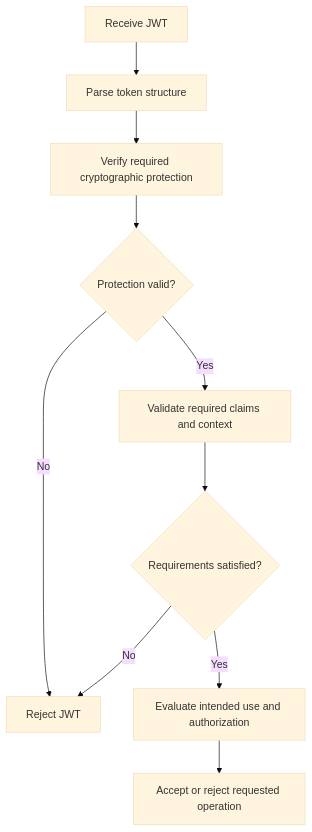
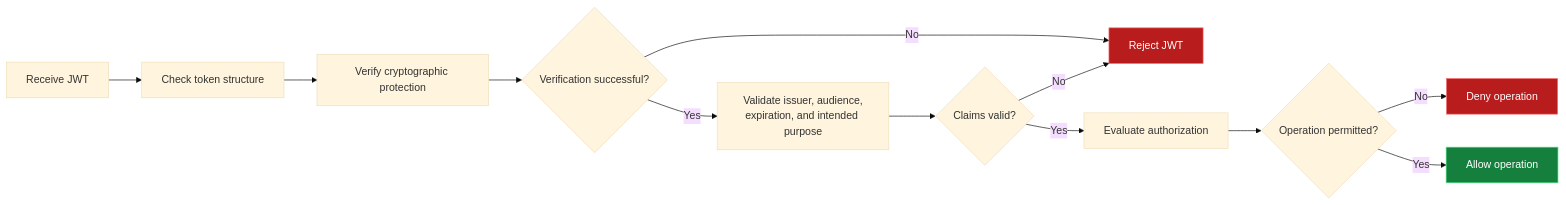
Before and after one commit to Rokiis1/Teaching-Materia: the second of 2 diagrams in docs/en/software_engineering/software_security/security_tokens/token_formats/jwt/summary.md, drawn with Mermaid (base theme). The commit also changed other lines of this file and 15 other files, not shown here.

````diff
--- a/docs/en/software_engineering/software_security/security_tokens/token_formats/jwt/summary.md
+++ b/docs/en/software_engineering/software_security/security_tokens/token_formats/jwt/summary.md
@@ -43,12 +47,18 @@
 ```mermaid
-flowchart TD
-    A["Receive JWT"] --> B["Parse token structure"]
-    B --> C["Verify required cryptographic protection"]
-    C --> D{"Protection valid?"}
+flowchart LR
+    A["Receive JWT"] --> B["Check token structure"]
+    B --> C["Verify cryptographic protection"]
+    C --> D{"Verification successful?"}
     D -->|"No"| X["Reject JWT"]
-    D -->|"Yes"| E["Validate required claims and context"]
-    E --> F{"Requirements satisfied?"}
+    D -->|"Yes"| E["Validate issuer, audience,<br/>expiration, and intended purpose"]
+    E --> F{"Claims valid?"}
     F -->|"No"| X
-    F -->|"Yes"| G["Evaluate intended use and authorization"]
-    G --> H["Accept or reject requested operation"]
+    F -->|"Yes"| G["Evaluate authorization"]
+    G --> H{"Operation permitted?"}
+    H -->|"No"| Y["Deny operation"]
+    H -->|"Yes"| I["Allow operation"]
+
+    style X fill:#B91C1C,stroke:#F87171,color:#FFFFFF
+    style Y fill:#B91C1C,stroke:#F87171,color:#FFFFFF
+    style I fill:#15803D,stroke:#4ADE80,color:#FFFFFF
 ```
````
